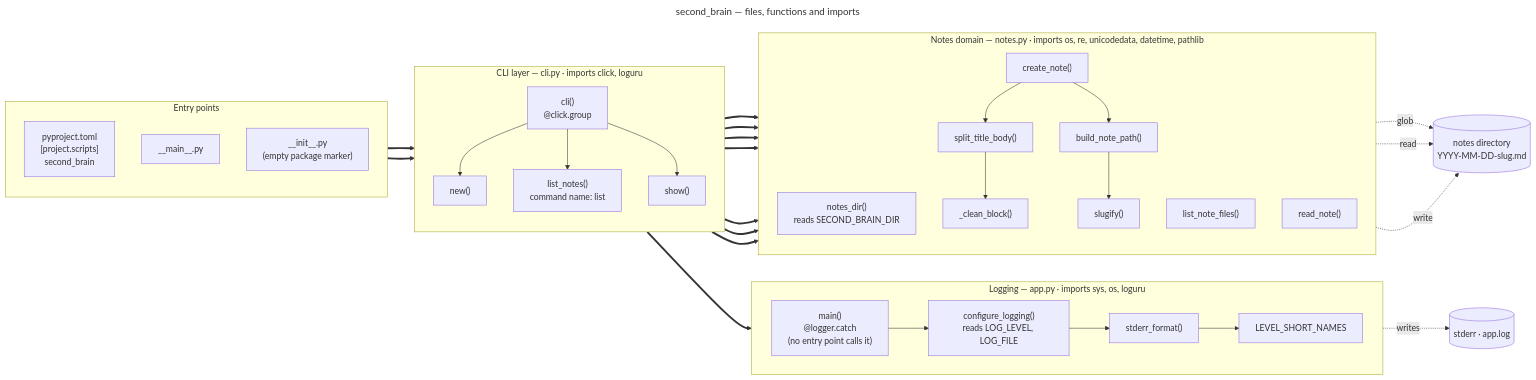
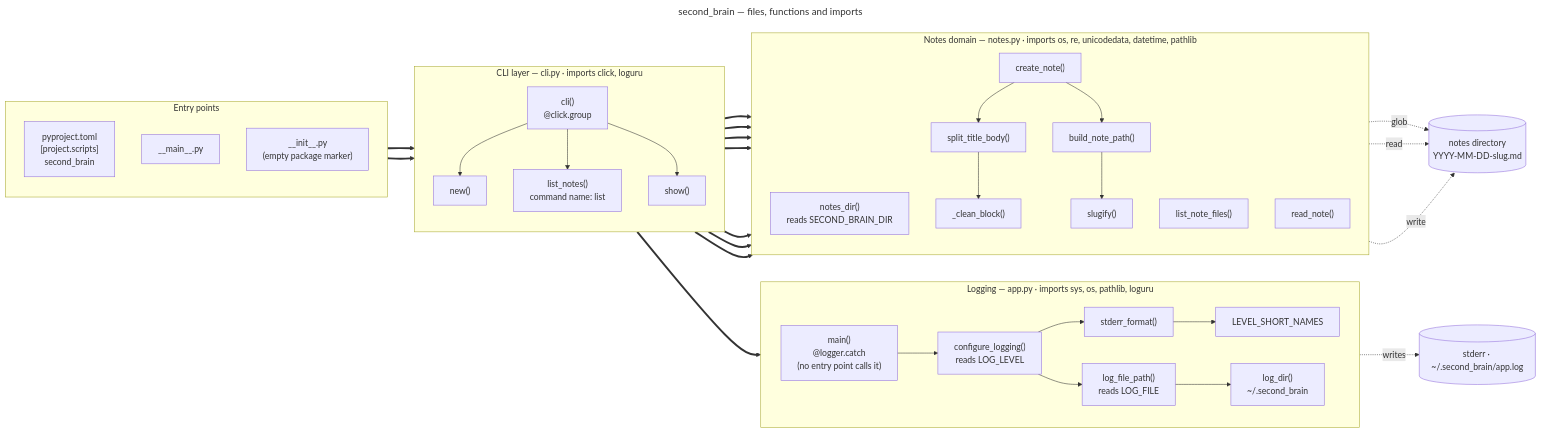
Before and after one commit to kitmonisit/sb-oct: the first of 3 diagrams in docs/architecture.md, drawn with Mermaid. The commit also changed other lines of this file and 8 other files, not shown here.

First line of the commit message:
fix(logging): write app.log to ~/.second_brain/ by default

````diff
--- a/docs/architecture.md
+++ b/docs/architecture.md
@@ -11,61 +11,64 @@
 ```mermaid
 ---
 title: second_brain — files, functions and imports
 ---
 flowchart LR
     subgraph entry["Entry points"]
         direction TB
         console_script["pyproject.toml<br/>[project.scripts]<br/>second_brain"]
         main_module["__main__.py"]
         init_module["__init__.py<br/>(empty package marker)"]
     end
 
     subgraph cli_mod["CLI layer — cli.py · imports click, loguru"]
         direction TB
         cli_group["cli()<br/>@click.group"]
         cmd_new["new()"]
         cmd_list["list_notes()<br/>command name: list"]
         cmd_show["show()"]
     end
 
-    subgraph app_mod["Logging — app.py · imports sys, os, loguru"]
+    subgraph app_mod["Logging — app.py · imports sys, os, pathlib, loguru"]
         direction LR
         fn_app_main["main()<br/>@logger.catch<br/>(no entry point calls it)"]
-        fn_configure["configure_logging()<br/>reads LOG_LEVEL, LOG_FILE"]
+        fn_configure["configure_logging()<br/>reads LOG_LEVEL"]
+        fn_log_file_path["log_file_path()<br/>reads LOG_FILE"]
+        fn_log_dir["log_dir()<br/>~/.second_brain"]
         fn_stderr_format["stderr_format()"]
         const_levels["LEVEL_SHORT_NAMES"]
     end
 
     subgraph notes_mod["Notes domain — notes.py · imports os, re, unicodedata, datetime, pathlib"]
         direction TB
         fn_notes_dir["notes_dir()<br/>reads SECOND_BRAIN_DIR"]
         fn_list_files["list_note_files()"]
         fn_read_note["read_note()"]
         fn_create_note["create_note()"]
         fn_split["split_title_body()"]
         fn_clean["_clean_block()"]
         fn_build_path["build_note_path()"]
         fn_slugify["slugify()"]
     end
 
-    log_sinks[("stderr · app.log")]
+    log_sinks[("stderr · ~/.second_brain/app.log")]
     notes_store[("notes directory<br/>YYYY-MM-DD-slug.md")]
 
     console_script ==> cli_group
     main_module ==> cli_group
 
     cli_group --> cmd_new & cmd_list & cmd_show
     cli_group ==> fn_configure
     cmd_show ==> fn_notes_dir & fn_list_files & fn_read_note
     cmd_list ==> fn_notes_dir & fn_list_files
     cmd_new ==> fn_notes_dir & fn_create_note
 
     fn_app_main --> fn_configure --> fn_stderr_format --> const_levels
+    fn_configure --> fn_log_file_path --> fn_log_dir
     fn_create_note --> fn_split --> fn_clean
     fn_create_note --> fn_build_path --> fn_slugify
 
     fn_configure -.->|writes| log_sinks
     fn_list_files -.->|glob| notes_store
     fn_read_note -.->|read| notes_store
     fn_create_note -.->|write| notes_store
 ```
````
